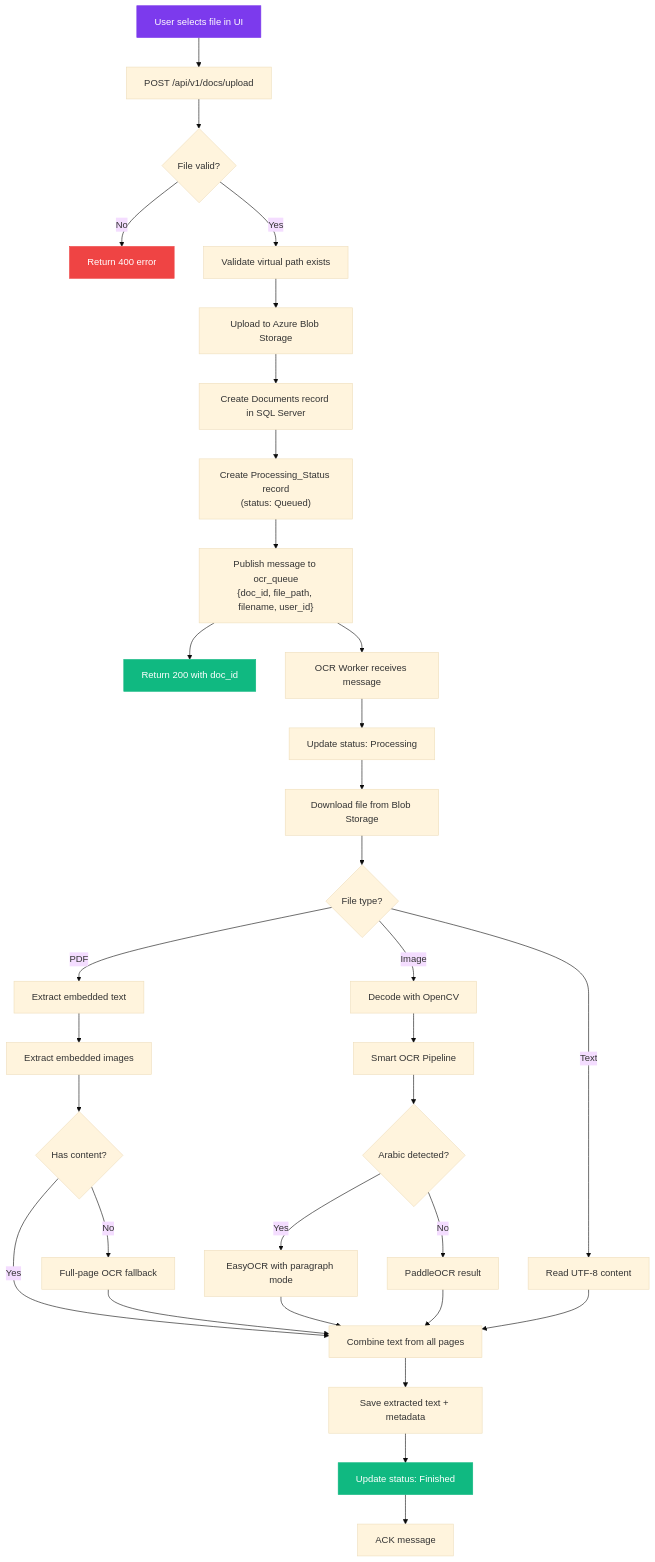
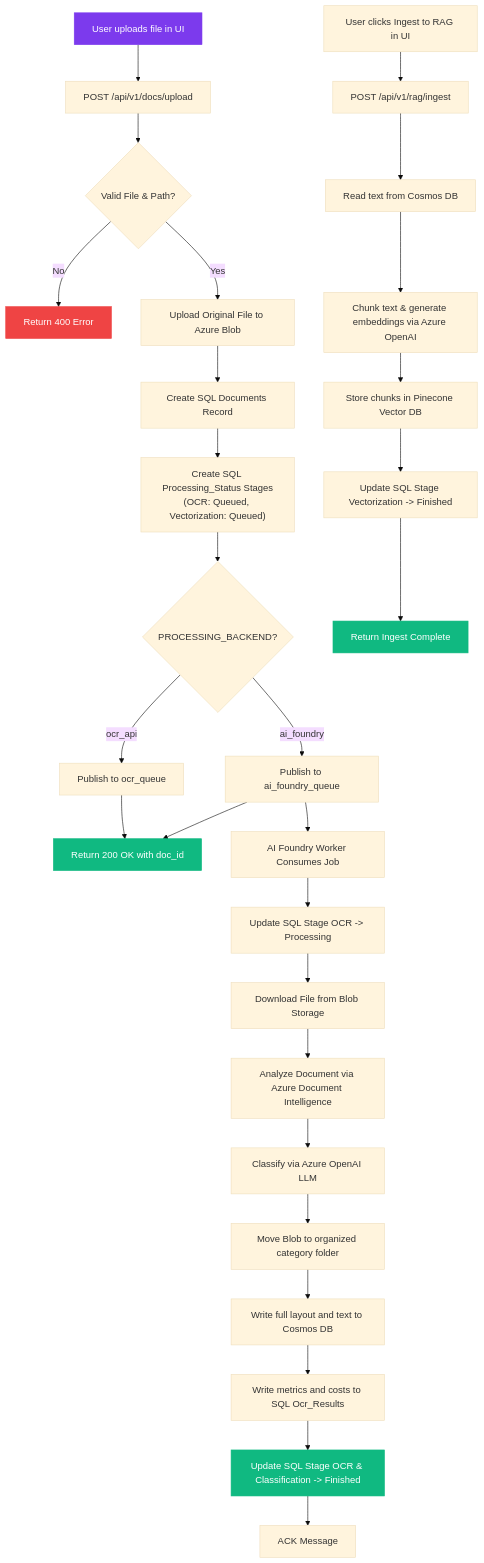
The fourth of 5 diagrams in docs/overview/architecture.md (NassaQ/docs), drawn with Mermaid (base theme) before and after one commit. The commit also changed other lines of this file and 9 other files, not shown here.

````diff
--- a/docs/overview/architecture.md
+++ b/docs/overview/architecture.md
@@ -231,44 +192,41 @@
 ```mermaid
 flowchart TD
-    A[User selects file in UI] --> B[POST /api/v1/docs/upload]
-    B --> C{File valid?}
-    C -->|No| D[Return 400 error]
-    C -->|Yes| E[Validate virtual path exists]
-    E --> F[Upload to Azure Blob Storage]
-    F --> G[Create Documents record in SQL Server]
-    G --> H["Create Processing_Status record<br/>(status: Queued)"]
-    H --> I["Publish message to ocr_queue<br/>{doc_id, file_path, filename, user_id}"]
-    I --> J[Return 200 with doc_id]
+    A[User uploads file in UI] --> B[POST /api/v1/docs/upload]
+    B --> C{Valid File & Path?}
+    C -->|No| D[Return 400 Error]
+    C -->|Yes| E[Upload Original File to Azure Blob]
+    E --> F[Create SQL Documents Record]
+    F --> G["Create SQL Processing_Status Stages<br/>(OCR: Queued, Vectorization: Queued)"]
+    G --> H{PROCESSING_BACKEND?}
     
-    I --> K[OCR Worker receives message]
-    K --> L["Update status: Processing"]
-    L --> M[Download file from Blob Storage]
-    M --> N{File type?}
+    H -->|ocr_api| I[Publish to ocr_queue]
+    H -->|ai_foundry| J[Publish to ai_foundry_queue]
     
-    N -->|PDF| O[Extract embedded text]
-    O --> P[Extract embedded images]
-    P --> Q{Has content?}
-    Q -->|No| R[Full-page OCR fallback]
-    Q -->|Yes| S[Combine text from all pages]
-    R --> S
+    I & J --> K[Return 200 OK with doc_id]
     
-    N -->|Image| T[Decode with OpenCV]
-    T --> U[Smart OCR Pipeline]
-    U --> V{Arabic detected?}
-    V -->|Yes| W[EasyOCR with paragraph mode]
-    V -->|No| X[PaddleOCR result]
-    W --> S
-    X --> S
+    %% Async Ingestion
+    J --> L[AI Foundry Worker Consumes Job]
+    L --> M[Update SQL Stage OCR -> Processing]
+    M --> N[Download File from Blob Storage]
+    N --> O[Analyze Document via Azure Document Intelligence]
+    O --> P[Classify via Azure OpenAI LLM]
+    P --> Q[Move Blob to organized category folder]
+    Q --> R[Write full layout and text to Cosmos DB]
+    R --> S[Write metrics and costs to SQL Ocr_Results]
+    S --> T[Update SQL Stage OCR & Classification -> Finished]
+    T --> U[ACK Message]
     
-    N -->|Text| Y[Read UTF-8 content]
-    Y --> S
-    
-    S --> Z[Save extracted text + metadata]
-    Z --> AA["Update status: Finished"]
-    AA --> AB[ACK message]
+    %% RAG Ingestion
+    UserIn["User clicks Ingest to RAG in UI"] --> V[POST /api/v1/rag/ingest]
+    V --> W[Read text from Cosmos DB]
+    W --> X[Chunk text & generate embeddings via Azure OpenAI]
+    X --> Y[Store chunks in Pinecone Vector DB]
+    Y --> Z[Update SQL Stage Vectorization -> Finished]
+    Z --> AA[Return Ingest Complete]
 
     style A fill:#7c3aed,stroke:#7c3aed,color:#fff
-    style J fill:#10b981,stroke:#10b981,color:#fff
+    style K fill:#10b981,stroke:#10b981,color:#fff
     style D fill:#ef4444,stroke:#ef4444,color:#fff
+    style T fill:#10b981,stroke:#10b981,color:#fff
     style AA fill:#10b981,stroke:#10b981,color:#fff
 ```
````
